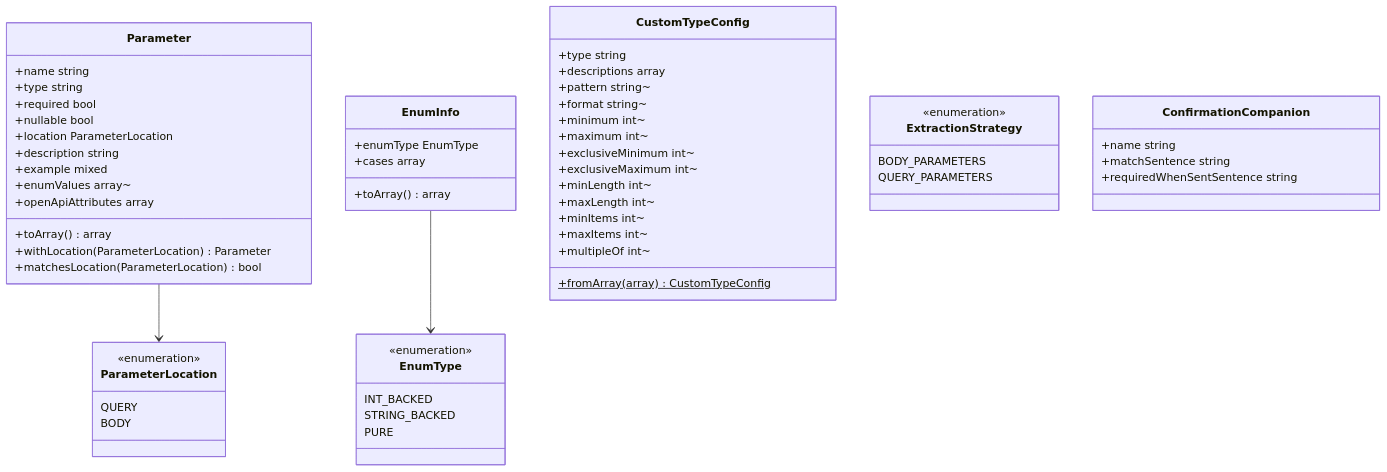
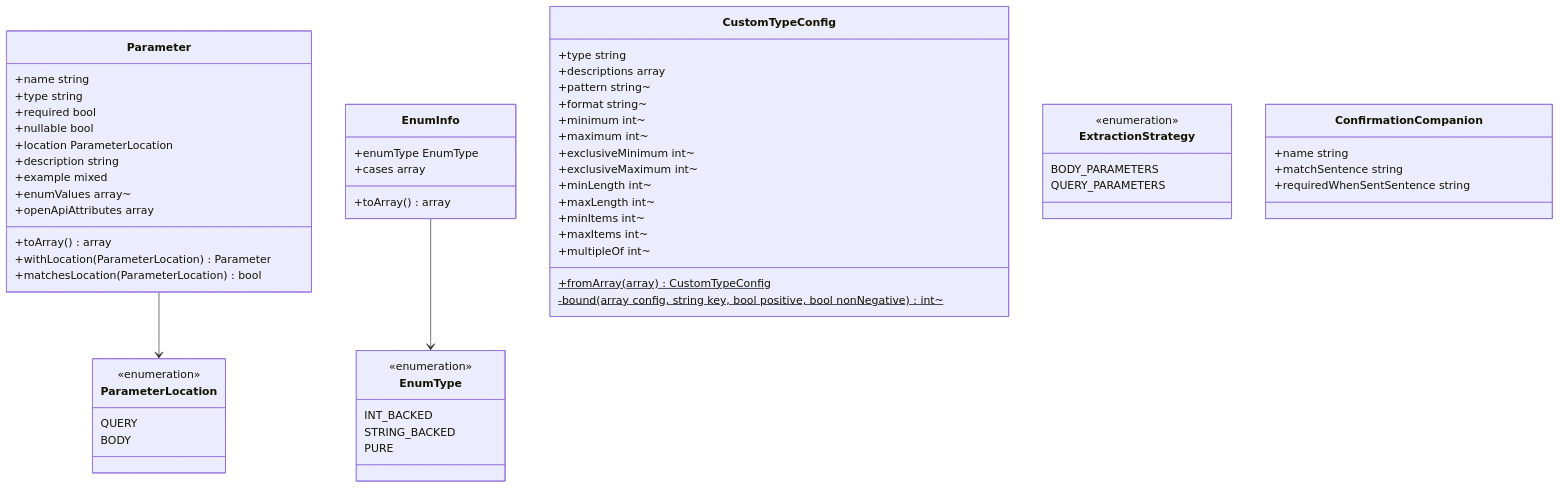
Before and after one commit to abrhadev/laravel-data-docs: the diagram in spdd/prompt/LDD-202608281600-[Canvas]-vo-documentation-records.md, drawn with Mermaid. The commit also changed other lines of this file and 151 other files, not shown here.

````diff
--- a/spdd/prompt/LDD-202608281600-[Canvas]-vo-documentation-records.md
+++ b/spdd/prompt/LDD-202608281600-[Canvas]-vo-documentation-records.md
@@ -19,68 +19,69 @@
 ```mermaid
 classDiagram
     class Parameter {
         +name string
         +type string
         +required bool
         +nullable bool
         +location ParameterLocation
         +description string
         +example mixed
         +enumValues array~
         +openApiAttributes array
         +toArray() array
         +withLocation(ParameterLocation) Parameter
         +matchesLocation(ParameterLocation) bool
     }
 
     class ParameterLocation {
         <<enumeration>>
         QUERY
         BODY
     }
 
     class EnumType {
         <<enumeration>>
         INT_BACKED
         STRING_BACKED
         PURE
     }
 
     class EnumInfo {
         +enumType EnumType
         +cases array
         +toArray() array
     }
 
     class CustomTypeConfig {
         +type string
         +descriptions array
         +pattern string~
         +format string~
         +minimum int~
         +maximum int~
         +exclusiveMinimum int~
         +exclusiveMaximum int~
         +minLength int~
         +maxLength int~
         +minItems int~
         +maxItems int~
         +multipleOf int~
         +fromArray(array) CustomTypeConfig$
+        -bound(array config, string key, bool positive, bool nonNegative) int~$
     }
 
     class ExtractionStrategy {
         <<enumeration>>
         BODY_PARAMETERS
         QUERY_PARAMETERS
     }
 
     class ConfirmationCompanion {
         +name string
         +matchSentence string
         +requiredWhenSentSentence string
     }
 
     Parameter --> ParameterLocation
     EnumInfo --> EnumType
 ```
````
